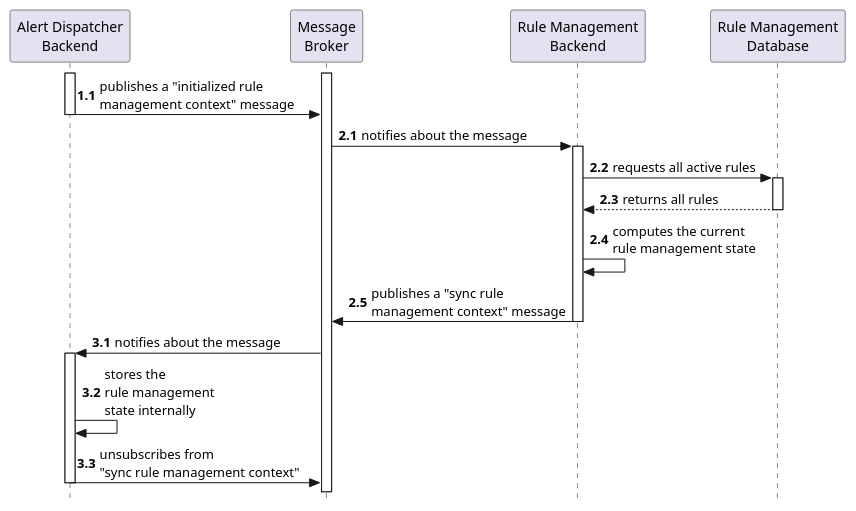
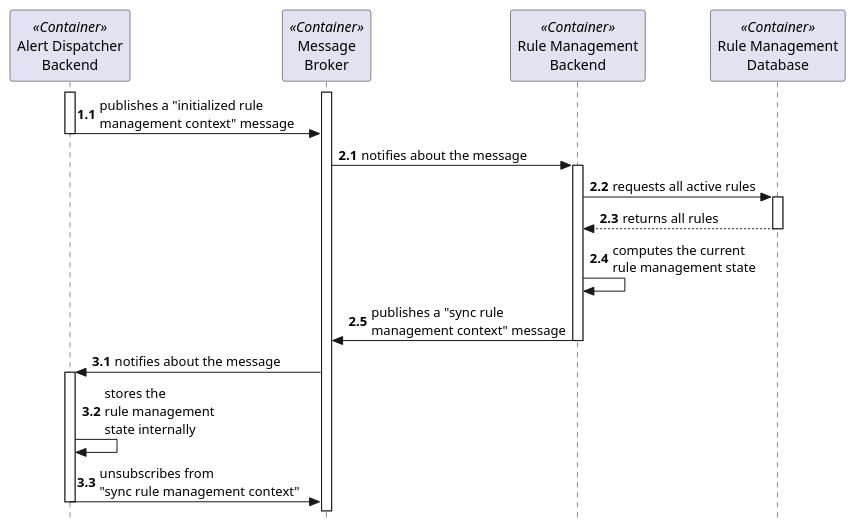
The diagram in assets/diagrams/design/architectural/level2/process/container-ready.pu (FilipeMCruz/dissertation), drawn with PlantUML before and after one commit. The commit also changed 165 other files, not shown here.

Commit message:
Fixed level 3 of design and some diagrams here and there

```diff
--- a/assets/diagrams/design/architectural/level2/process/container-ready.pu
+++ b/assets/diagrams/design/architectural/level2/process/container-ready.pu
@@ -1,34 +1,34 @@
 @startuml container-ready
 
 autonumber 1.1
 
 skinparam style strictuml
 
-participant "Alert Dispatcher\nBackend" as ALERT
-participant "Message\nBroker" as MB
-participant "Rule Management\nBackend" as RULE
-participant "Rule Management\nDatabase" as RULE_DB
+participant "Alert Dispatcher\nBackend" as ALERT <<Container>>
+participant "Message\nBroker" as MB <<Container>>
+participant "Rule Management\nBackend" as RULE <<Container>>
+participant "Rule Management\nDatabase" as RULE_DB <<Container>>
 
 activate MB
 
 activate ALERT
 ALERT -> MB : publishes a "initialized rule\nmanagement context" message 
 deactivate ALERT
 autonumber inc A
 MB -> RULE : notifies about the message
 activate RULE
 RULE -> RULE_DB : requests all active rules
 activate RULE_DB
 RULE_DB --> RULE : returns all rules
 deactivate RULE_DB
 RULE -> RULE : computes the current\nrule management state
 RULE -> MB : publishes a "sync rule\nmanagement context" message
 deactivate RULE
 autonumber inc A
 MB -> ALERT : notifies about the message
 activate ALERT
 ALERT -> ALERT : stores the\nrule management\nstate internally
 ALERT -> MB : unsubscribes from\n"sync rule management context"
 deactivate ALERT
 
 @enduml
```
